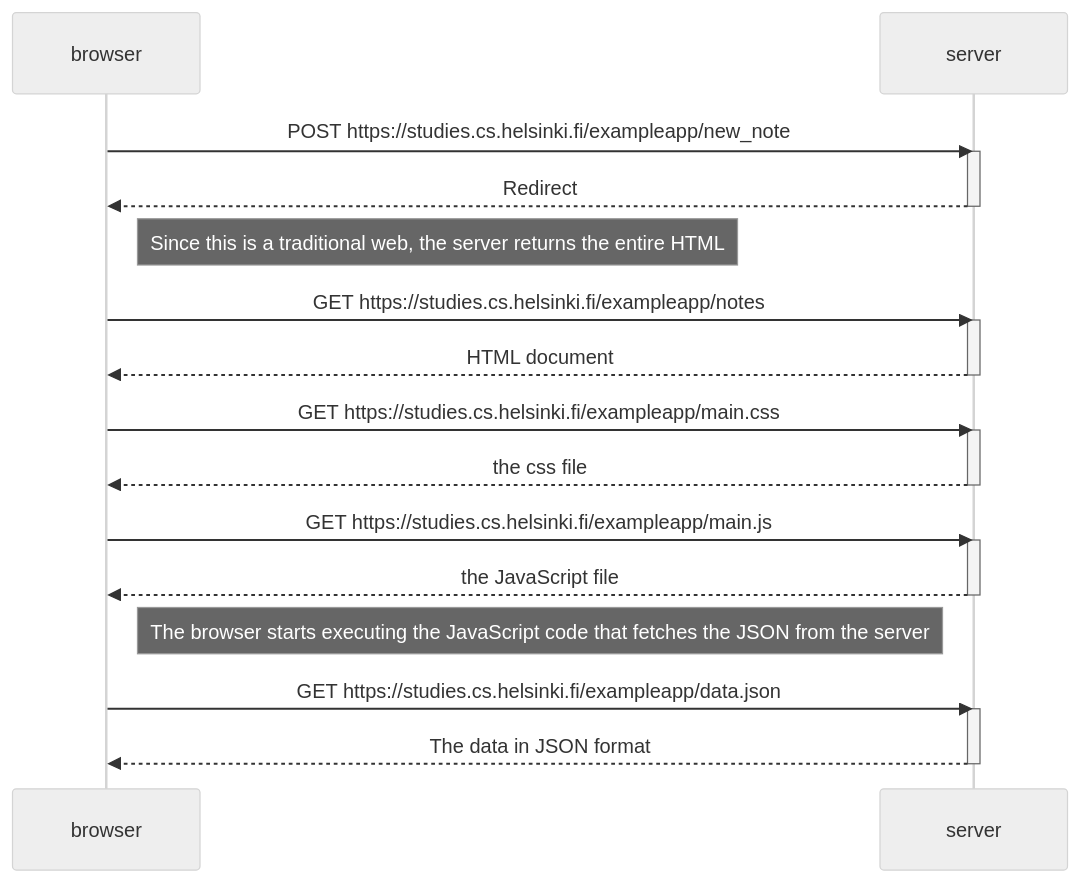
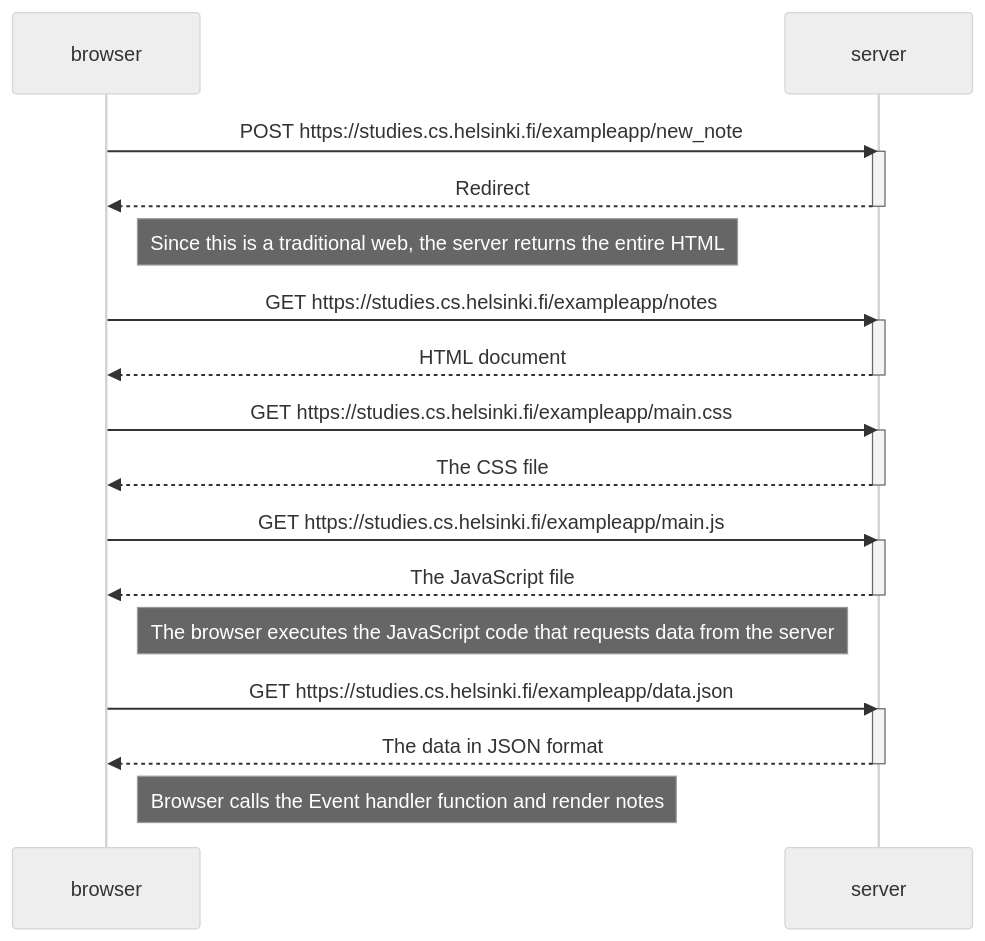
One commit to maithtruong/modern-web-dev changed the diagram in part0/0.4_New note diagram.md. Above: the diagram before and after it, drawn with Mermaid (neutral theme). The commit also changed 2 other files, not shown here.

Commit message:
Add solutions for exercise 0.5 and 0.6

````diff
--- a/part0/0.4_New note diagram.md
+++ b/part0/0.4_New note diagram.md
@@ -1,34 +1,36 @@
 ```mermaid
 sequenceDiagram
 	participant browser
 	participant server
 	
 	browser->>server: POST https://studies.cs.helsinki.fi/exampleapp/new_note
 	activate server
 	server-->>browser:Redirect
 	deactivate server
 
     Note right of browser: Since this is a traditional web, the server returns the entire HTML
 	
     browser->>server: GET https://studies.cs.helsinki.fi/exampleapp/notes
     activate server
     server-->>browser: HTML document
     deactivate server
 
     browser->>server: GET https://studies.cs.helsinki.fi/exampleapp/main.css
     activate server
-    server-->>browser: the css file
+    server-->>browser: The CSS file
     deactivate server
 
     browser->>server: GET https://studies.cs.helsinki.fi/exampleapp/main.js
     activate server
-    server-->>browser: the JavaScript file
+    server-->>browser: The JavaScript file
     deactivate server
 
-    Note right of browser: The browser starts executing the JavaScript code that fetches the JSON from the server
+    Note right of browser: The browser executes the JavaScript code that requests data from the server
 
     browser->>server: GET https://studies.cs.helsinki.fi/exampleapp/data.json
     activate server
     server-->>browser: The data in JSON format
     deactivate server
+
+    Note right of browser: Browser calls the Event handler function and render notes
 ```
````
